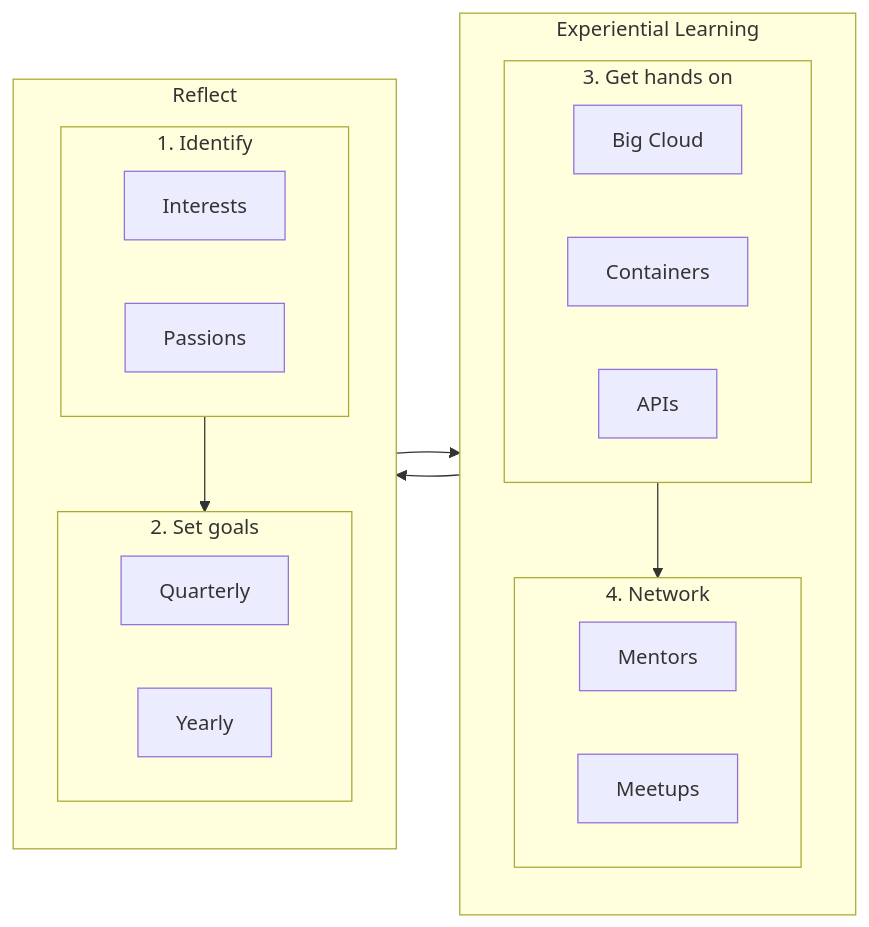
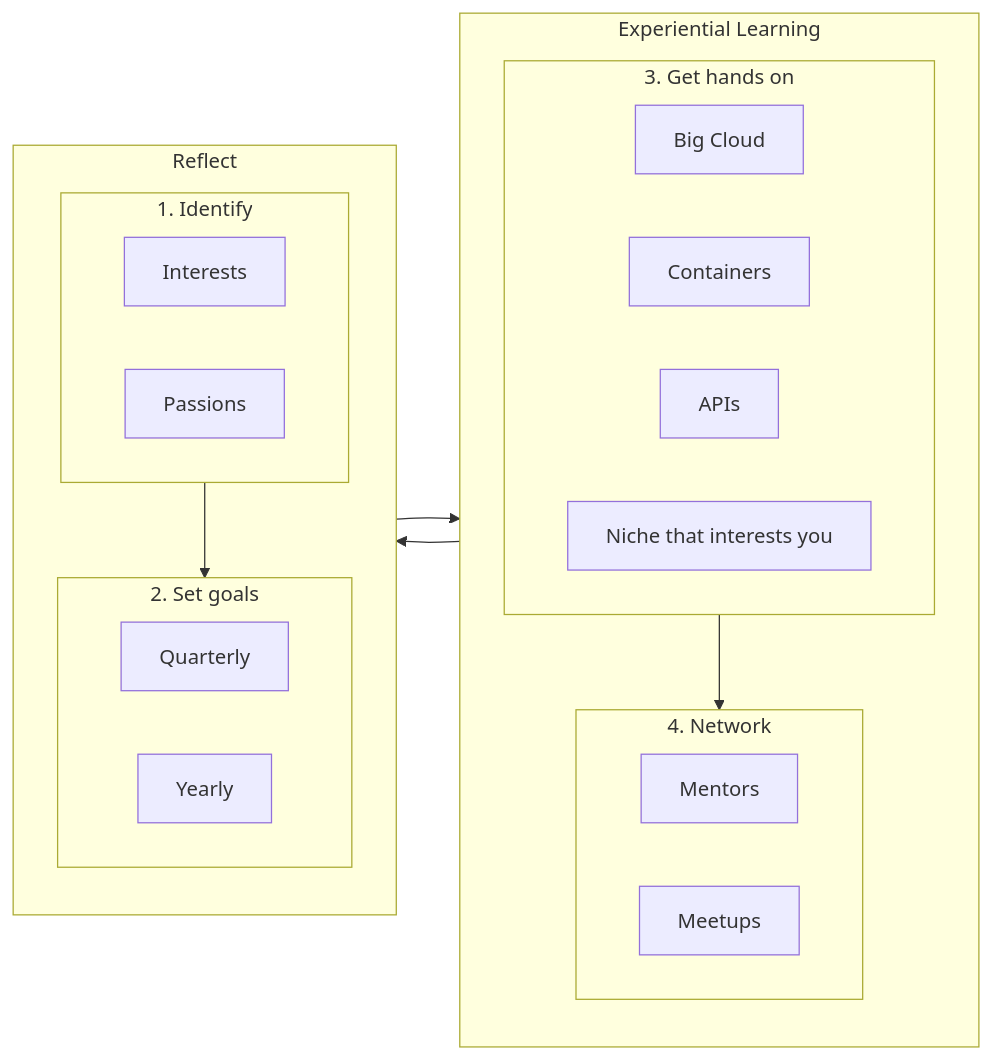
One commit to yichehnc/SelfDirectedCareers changed the diagram in career_plans.md. Above: the diagram before and after it, drawn with Mermaid.

Commit message:
doc(career): update experiential learning diagram

````diff
--- a/career_plans.md
+++ b/career_plans.md
@@ -4,36 +4,37 @@
 ```mermaid
 graph LR
     subgraph learn[Experiential Learning]
 
         subgraph Experience[3. Get hands on]
           Cloud[Big Cloud]
           Containers
           APIs 
+          Niche[Niche that interests you]
         end
 
         subgraph Network[4. Network]
           Mentors
           Meetups
         end
     end
 
     subgraph brainstorm[Reflect]
 
         subgraph Identify[1. Identify]
           Interests
           Passions
         end
 
         subgraph Goals[2. Set goals]
           Quarterly
           Yearly
         end
     end
 
 
 
     Identify --> Goals
     Experience --> Network
     learn --> brainstorm
     brainstorm --> learn
 ```
````
